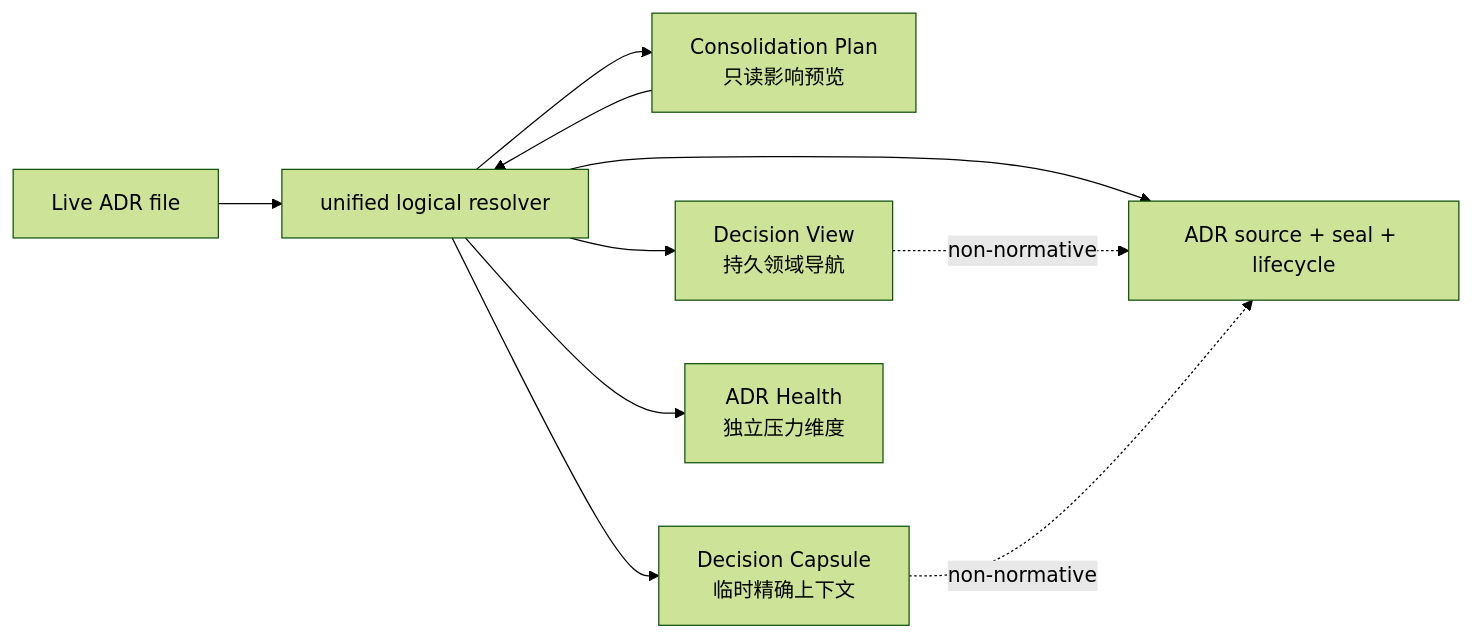
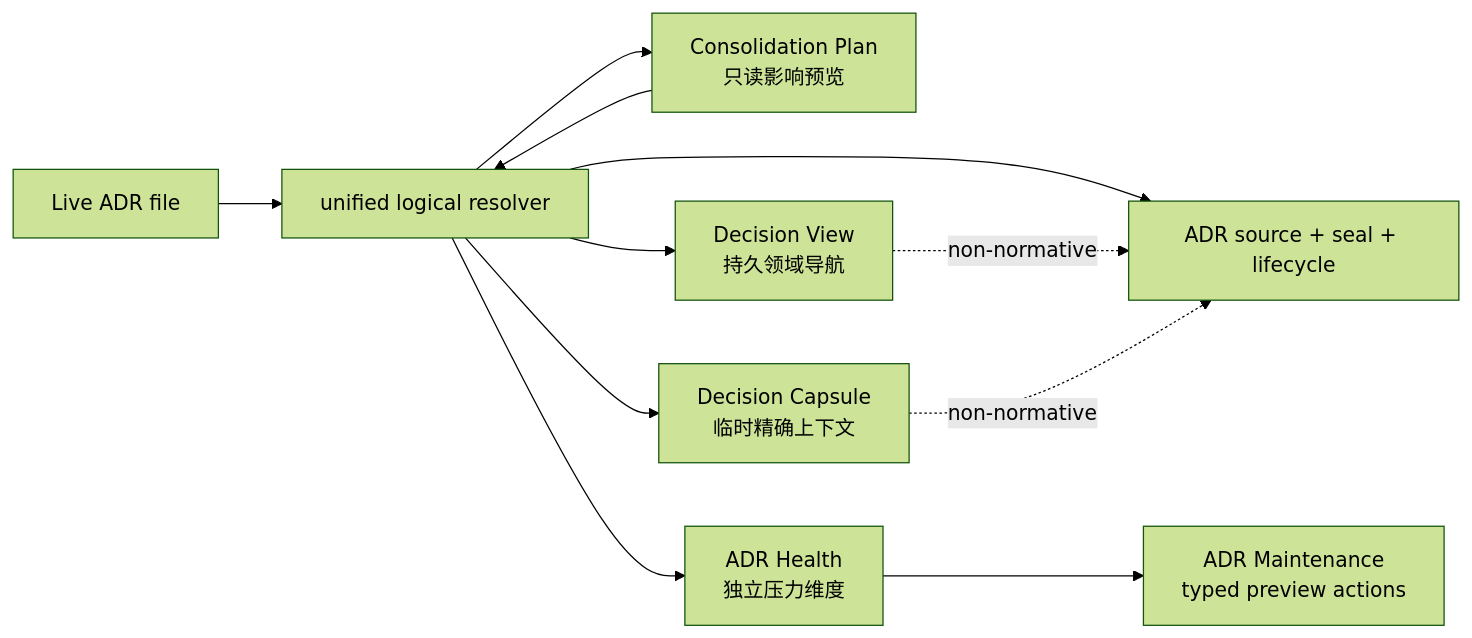
The third of 6 diagrams in engineering-execution-plan/references/adr.md (XiaoWeiKIN/RepoFoundryAI), drawn with Mermaid (forest theme) before and after one commit. The commit also changed other lines of this file and 26 other files, not shown here.

First line of the commit message:
feat: add workflow-triggered ADR maintenance (#47)

````diff
--- a/engineering-execution-plan/references/adr.md
+++ b/engineering-execution-plan/references/adr.md
@@ -128,12 +128,13 @@
 ```mermaid
 flowchart LR
     L["Live ADR file"] --> R["unified logical resolver"]
     P["Lossless terminal History Pack"] --> R
     R --> A["ADR source + seal + lifecycle"]
     R --> V["Decision View<br/>持久领域导航"]
     R --> C["Decision Capsule<br/>临时精确上下文"]
     R --> H["ADR Health<br/>独立压力维度"]
+    H --> M["ADR Maintenance<br/>typed preview actions"]
     R --> P["Consolidation Plan<br/>只读影响预览"]
     V -.->|"non-normative"| A
     C -.->|"non-normative"| A
 ```
````
